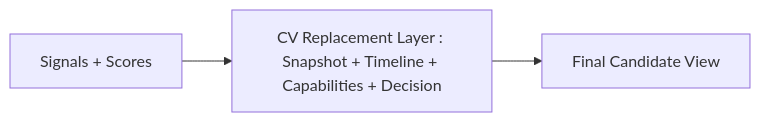
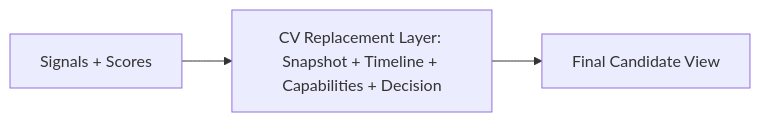
The third of 4 diagrams in PLAN.md (Hikabu/A16Zero), drawn with Mermaid before and after one commit. The commit also changed other lines of this file and 11 other files, not shown here.

````diff
--- a/PLAN.md
+++ b/PLAN.md
@@ -423,5 +440,5 @@
 ```mermaid
 flowchart LR
-    A[Signals + Scores] --> G[CV Replacement Layer : Snapshot + Timeline + Capabilities + Decision]
+    A[Signals + Scores] --> G[CV Replacement Layer: Snapshot + Timeline + Capabilities + Decision]
     G --> F[Final Candidate View]
 ```
````
